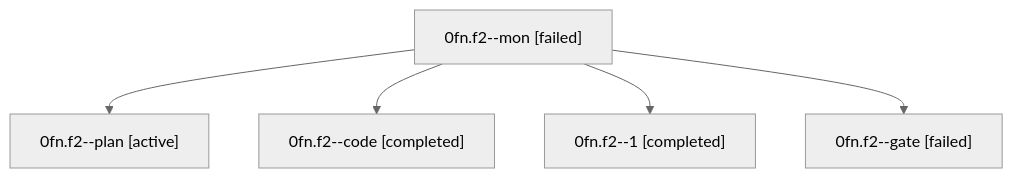
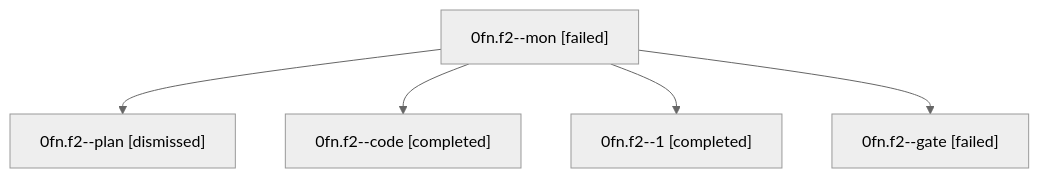
The diagram in sessions/bbugyi200.athena.0fn.f2.md (sase-org/sase--agents), drawn with Mermaid (neutral theme) before and after one commit. The commit also changed other lines of this file and 39 other files, not shown here.

````diff
--- a/sessions/bbugyi200.athena.0fn.f2.md
+++ b/sessions/bbugyi200.athena.0fn.f2.md
@@ -9,12 +9,12 @@
 ```mermaid
 flowchart TD
   n0["0fn.f2--mon [failed]"]
-  n1["0fn.f2--plan [active]"]
+  n1["0fn.f2--plan [dismissed]"]
   n0 --> n1
   n2["0fn.f2--code [completed]"]
   n0 --> n2
   n3["0fn.f2--1 [completed]"]
   n0 --> n3
   n4["0fn.f2--gate [failed]"]
   n0 --> n4
 ```
````
